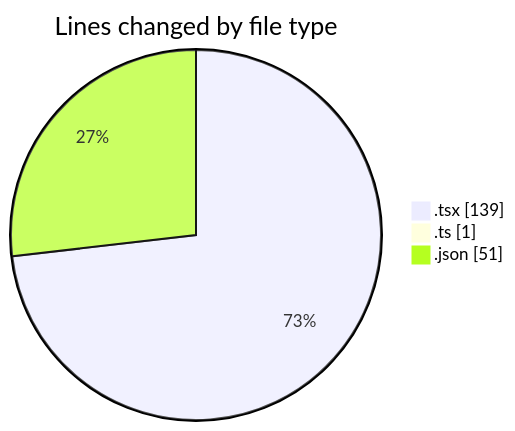
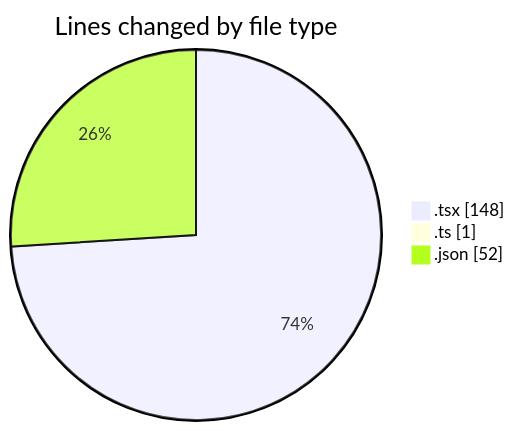
Before and after one commit to julien-gomy/code-tracking: the first of 2 diagrams in 2025-10-21/eventscop-frontend-guide__workspace_/README.md, drawn with Mermaid. The commit also changed other lines of this file and 1 other file, not shown here.

````diff
--- a/2025-10-21/eventscop-frontend-guide__workspace_/README.md
+++ b/2025-10-21/eventscop-frontend-guide__workspace_/README.md
@@ -26,7 +26,7 @@
 ```mermaid
 pie showData
 title Lines changed by file type
-".tsx" : 139
+".tsx" : 148
 ".ts" : 1
-".json" : 51
+".json" : 52
 ```
````
